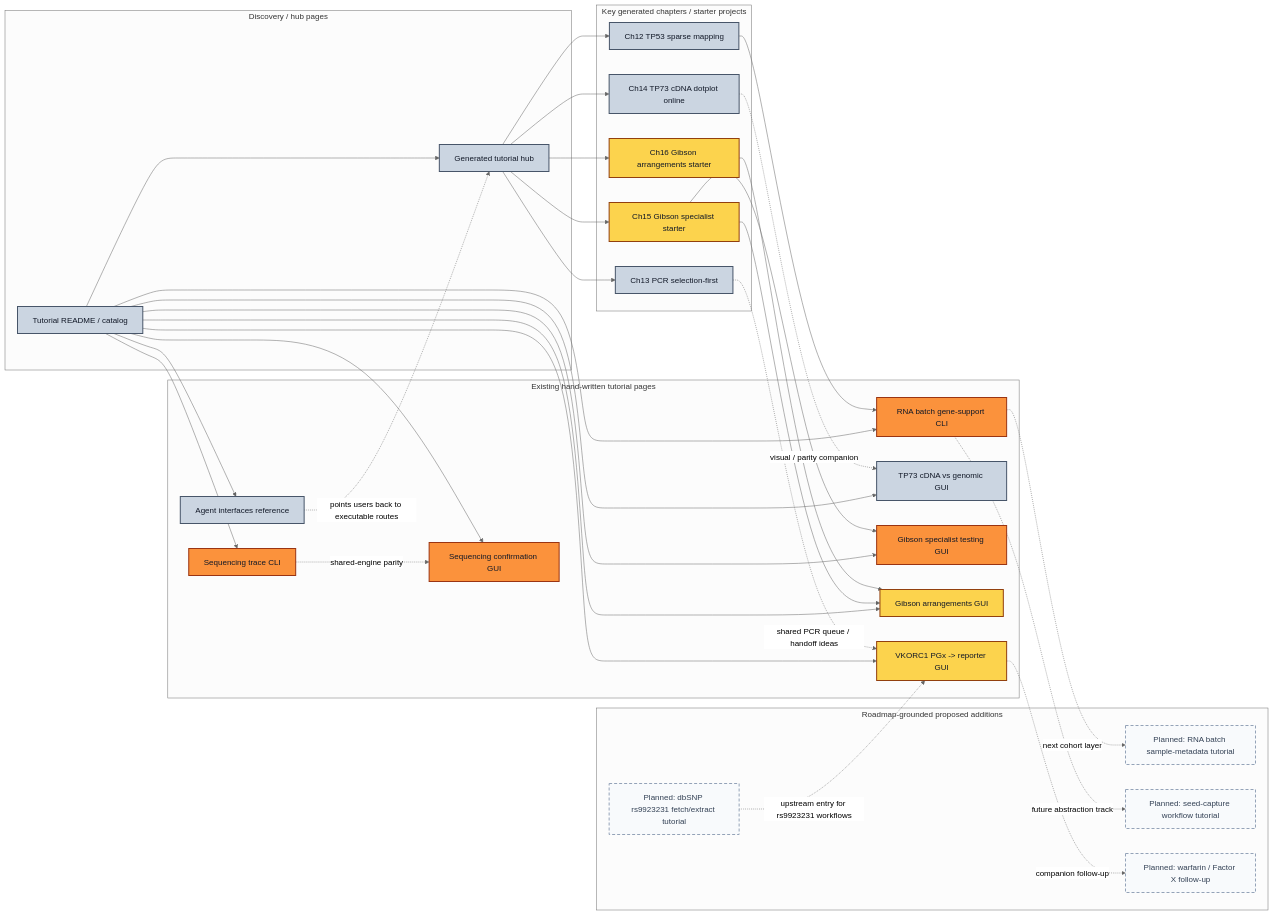
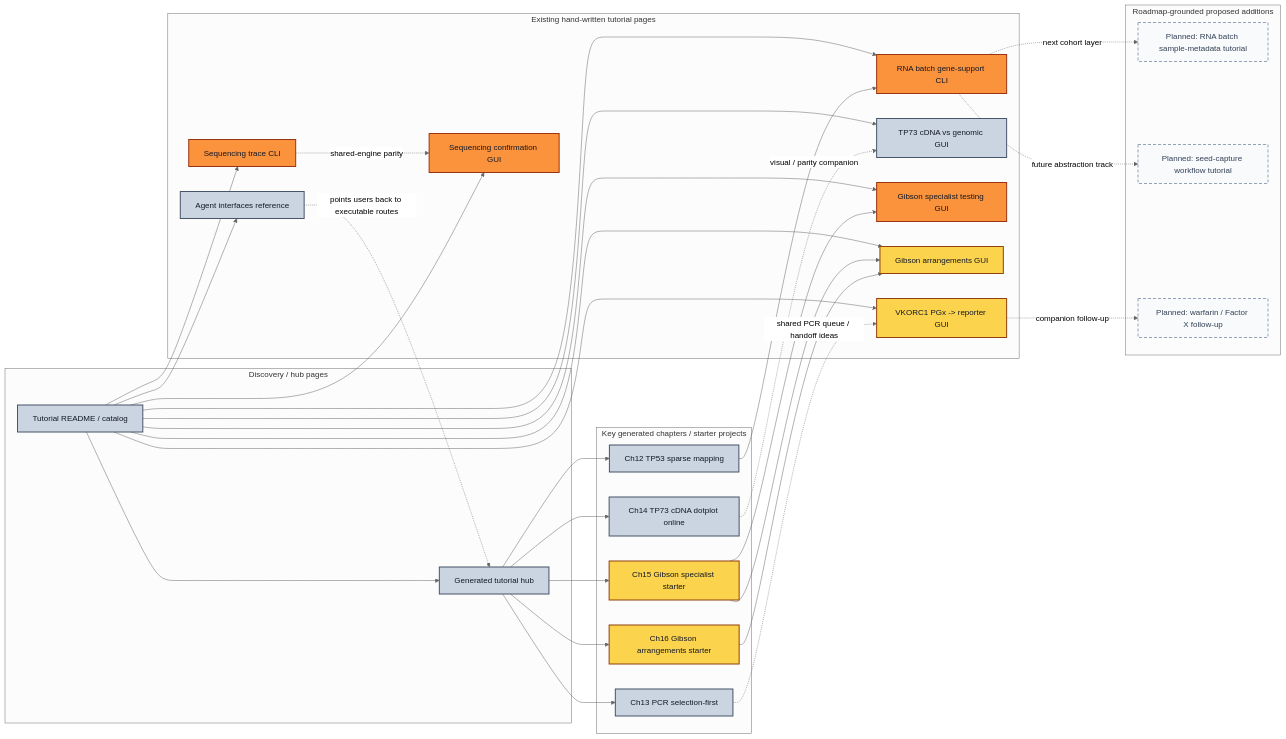
One commit to smoe/gentle_rs changed the diagram in docs/tutorial/landscape_overview.md. Above: the diagram before and after it, drawn with Mermaid (neutral theme). The commit also changed other lines of this file and 19 other files, not shown here.

````diff
--- a/docs/tutorial/landscape_overview.md
+++ b/docs/tutorial/landscape_overview.md
@@ -40,73 +40,71 @@
 ```mermaid
 flowchart LR
   classDef high fill:#fb923c,stroke:#9a3412,color:#111827,stroke-width:2px;
   classDef medium fill:#fcd34d,stroke:#92400e,color:#111827,stroke-width:2px;
   classDef low fill:#cbd5e1,stroke:#475569,color:#111827,stroke-width:2px;
   classDef planned fill:#f8fafc,stroke:#94a3b8,color:#334155,stroke-width:2px,stroke-dasharray: 6 4;
 
   subgraph Hubs["Discovery / hub pages"]
     TH["Tutorial README / catalog"]
     GH["Generated tutorial hub"]
   end
 
   subgraph Existing["Existing hand-written tutorial pages"]
     VK["VKORC1 PGx -> reporter GUI"]
     TP73["TP73 cDNA vs genomic GUI"]
     GS["Gibson specialist testing GUI"]
     GA["Gibson arrangements GUI"]
     SQG["Sequencing confirmation GUI"]
     SQC["Sequencing trace CLI"]
     RNA["RNA batch gene-support CLI"]
     AI["Agent interfaces reference"]
   end
 
   subgraph Exec["Key generated chapters / starter projects"]
     C12["Ch12 TP53 sparse mapping"]
     C13["Ch13 PCR selection-first"]
     C14["Ch14 TP73 cDNA dotplot online"]
     C15["Ch15 Gibson specialist starter"]
     C16["Ch16 Gibson arrangements starter"]
   end
 
   subgraph Planned["Roadmap-grounded proposed additions"]
-    P1["Planned: dbSNP rs9923231 fetch/extract tutorial"]
     P2["Planned: RNA batch sample-metadata tutorial"]
     P3["Planned: seed-capture workflow tutorial"]
     P4["Planned: warfarin / Factor X follow-up"]
   end
 
   TH --> GH
   TH --> VK
   TH --> TP73
   TH --> GS
   TH --> GA
   TH --> SQG
   TH --> SQC
   TH --> RNA
   TH --> AI
 
   GH --> C12
   GH --> C13
   GH --> C14
   GH --> C15
   GH --> C16
 
   C15 --> GS
   C15 --> GA
   C16 --> GA
   C12 --> RNA
   C14 -. visual / parity companion .-> TP73
   C13 -. shared PCR queue / handoff ideas .-> VK
   SQC -. shared-engine parity .-> SQG
   AI -. points users back to executable routes .-> GH
 
-  P1 -. upstream entry for rs9923231 workflows .-> VK
   VK -. companion follow-up .-> P4
   RNA -. next cohort layer .-> P2
   RNA -. future abstraction track .-> P3
 
   class GS,SQG,SQC,RNA high;
   class VK,GA,C15,C16 medium;
   class TH,GH,TP73,AI,C12,C13,C14 low;
-  class P1,P2,P3,P4 planned;
+  class P2,P3,P4 planned;
 ```
````
